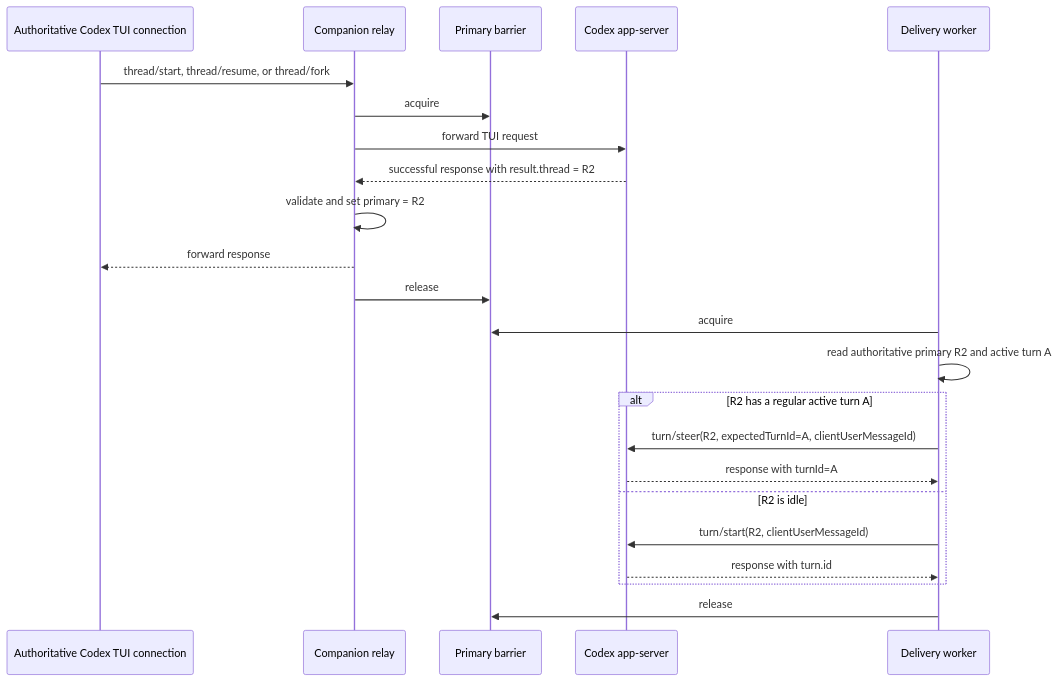
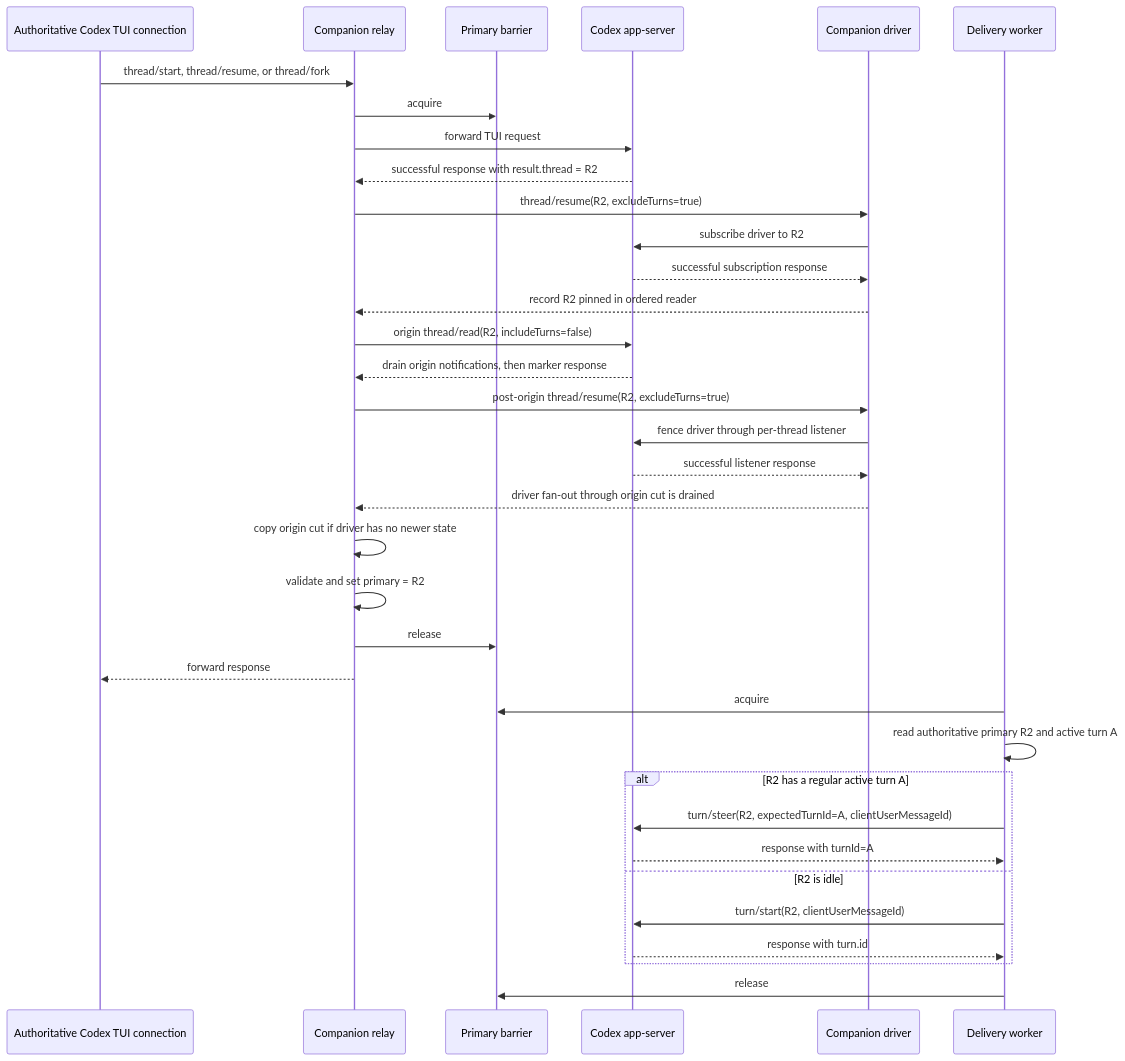
The second of 3 diagrams in public/scripts/UCLUSION_CODEX_BRIDGE.md (Uclusion/uclusion_web_ui), drawn with Mermaid before and after one commit. The commit also changed other lines of this file and 3 other files, not shown here.

````diff
--- a/public/scripts/UCLUSION_CODEX_BRIDGE.md
+++ b/public/scripts/UCLUSION_CODEX_BRIDGE.md
@@ -153,27 +279,39 @@
 ```mermaid
 sequenceDiagram
     participant T as Authoritative Codex TUI connection
     participant C as Companion relay
     participant G as Primary barrier
     participant A as Codex app-server
+    participant W as Companion driver
     participant D as Delivery worker
 
     T->>C: thread/start, thread/resume, or thread/fork
     C->>G: acquire
     C->>A: forward TUI request
     A-->>C: successful response with result.thread = R2
+    C->>W: thread/resume(R2, excludeTurns=true)
+    W->>A: subscribe driver to R2
+    A-->>W: successful subscription response
+    W-->>C: record R2 pinned in ordered reader
+    C->>A: origin thread/read(R2, includeTurns=false)
+    A-->>C: drain origin notifications, then marker response
+    C->>W: post-origin thread/resume(R2, excludeTurns=true)
+    W->>A: fence driver through per-thread listener
+    A-->>W: successful listener response
+    W-->>C: driver fan-out through origin cut is drained
+    C->>C: copy origin cut if driver has no newer state
     C->>C: validate and set primary = R2
+    C->>G: release
     C-->>T: forward response
-    C->>G: release
 
     D->>G: acquire
     D->>D: read authoritative primary R2 and active turn A
     alt R2 has a regular active turn A
         D->>A: turn/steer(R2, expectedTurnId=A, clientUserMessageId)
         A-->>D: response with turnId=A
     else R2 is idle
         D->>A: turn/start(R2, clientUserMessageId)
         A-->>D: response with turn.id
     end
     D->>G: release
 ```
````
